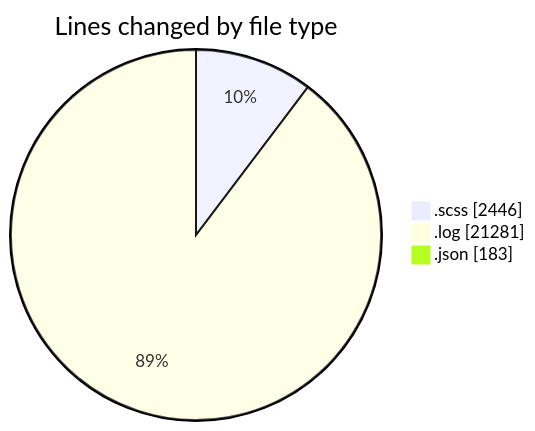
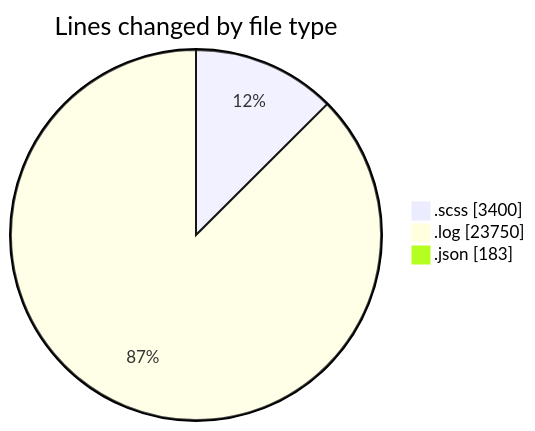
Before and after one commit to momahboobian/code-tracking: the first of 2 diagrams in 2026-01-21/cda/README.md, drawn with Mermaid. The commit also changed other lines of this file and 1 other file, not shown here.

````diff
--- a/2026-01-21/cda/README.md
+++ b/2026-01-21/cda/README.md
@@ -34,7 +38,7 @@
 ```mermaid
 pie showData
 title Lines changed by file type
-".scss" : 2446
-".log" : 21281
+".scss" : 3400
+".log" : 23750
 ".json" : 183
 ```
````
